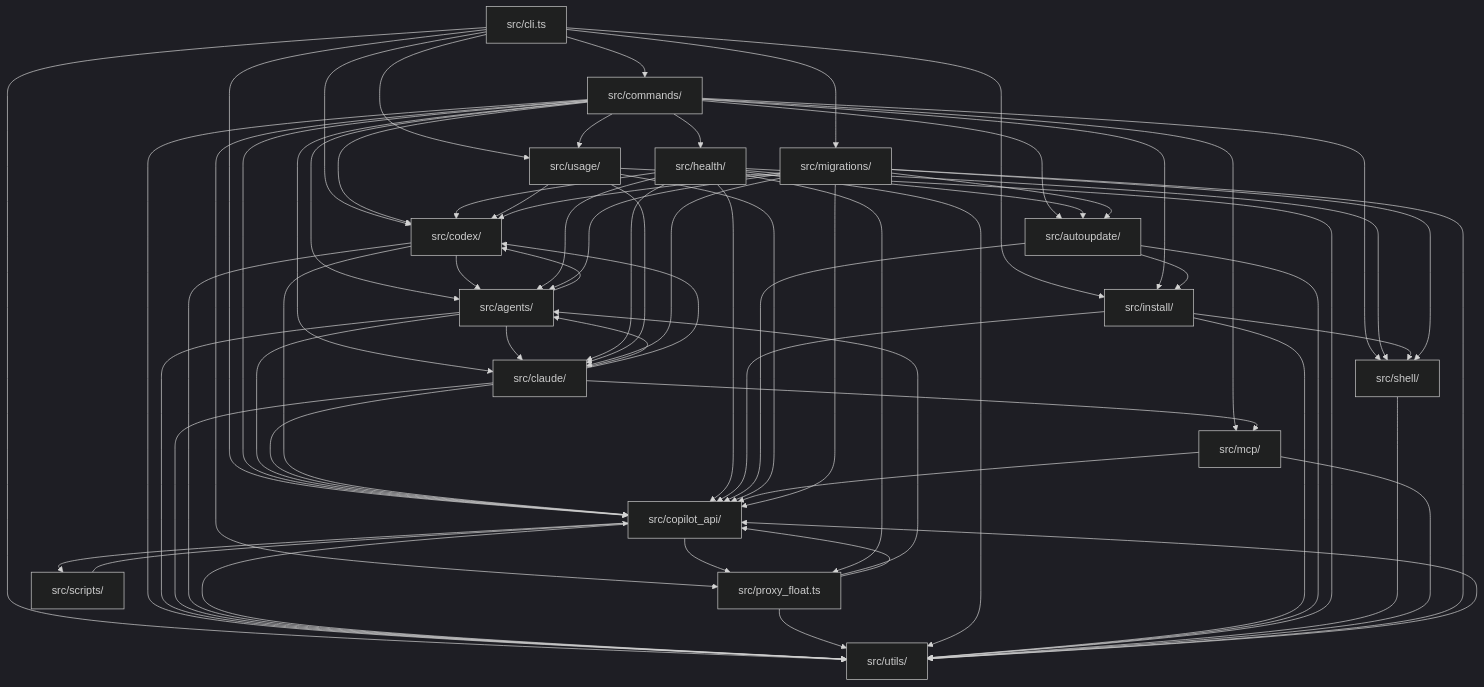
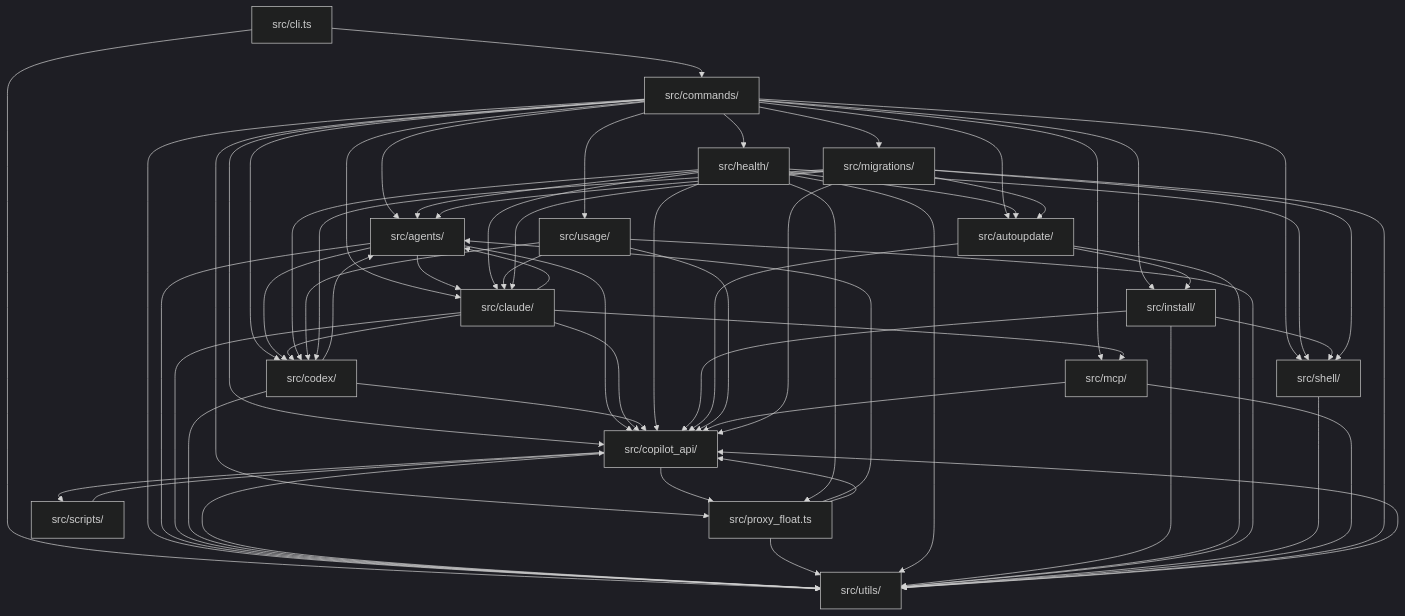
Before and after one commit to Vivswan/copilot-env: the eighth of 8 diagrams in docs/architecture.md, drawn with Mermaid (dark theme). The commit also changed other lines of this file and 25 other files, not shown here.

```diff
--- a/docs/architecture.md
+++ b/docs/architecture.md
@@ -313,12 +311,7 @@
   migrations["src/migrations/"]
   scripts["src/scripts/"]
   utils["src/utils/"]
-  cli --> codex
   cli --> commands
-  cli --> copilot_api
-  cli --> install
-  cli --> migrations
-  cli --> usage
   cli --> utils
   commands --> agents
   commands --> autoupdate
@@ -328,6 +321,7 @@
   commands --> health
   commands --> install
   commands --> mcp
+  commands --> migrations
   commands --> proxy_float
   commands --> shell
   commands --> usage
```
